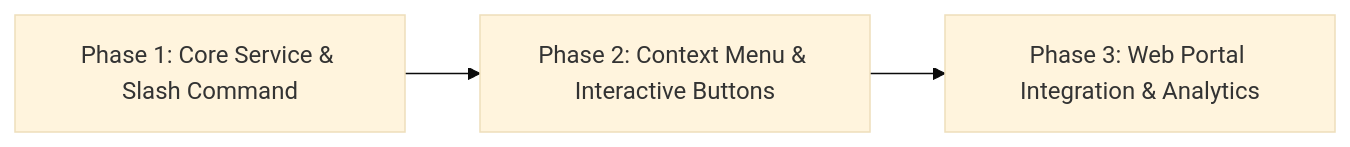
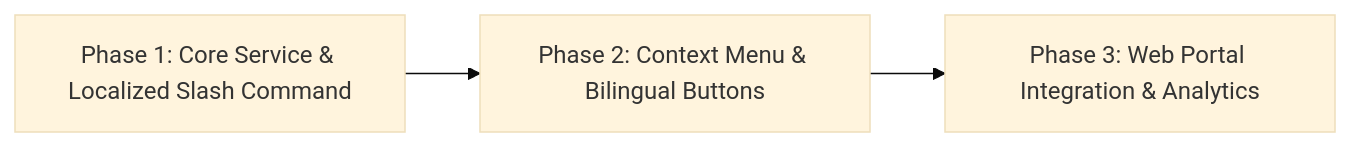
One commit to nthungdev/discord-bot changed the sixth of 6 diagrams in docs/roast-feature-prd.md. Above: the diagram before and after it, drawn with Mermaid (base theme). The commit also changed other lines of this file, not shown here.

````diff
--- a/docs/roast-feature-prd.md
+++ b/docs/roast-feature-prd.md
@@ -393,5 +582,5 @@
 ```mermaid
 flowchart LR
-    P1[Phase 1: Core Service & Slash Command] --> P2[Phase 2: Context Menu & Interactive Buttons]
+    P1[Phase 1: Core Service & Localized Slash Command] --> P2[Phase 2: Context Menu & Bilingual Buttons]
     P2 --> P3[Phase 3: Web Portal Integration & Analytics]
 ```
````
